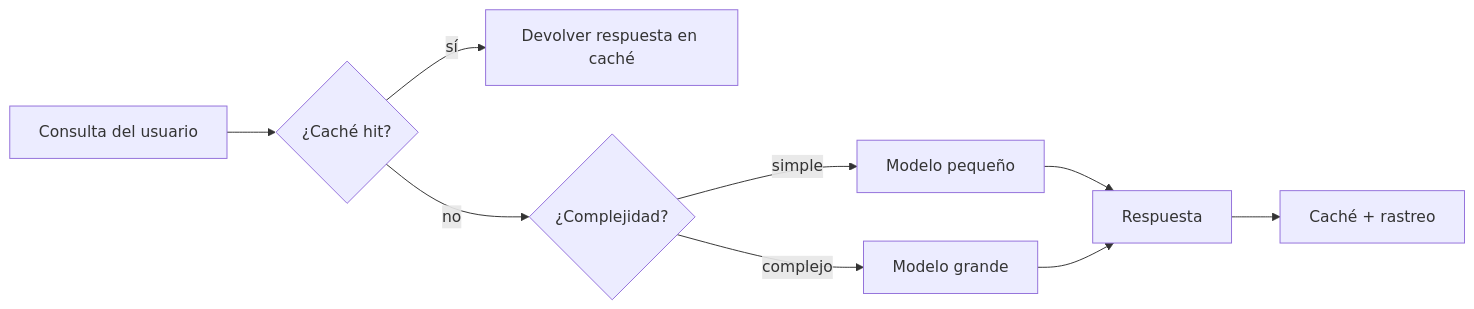
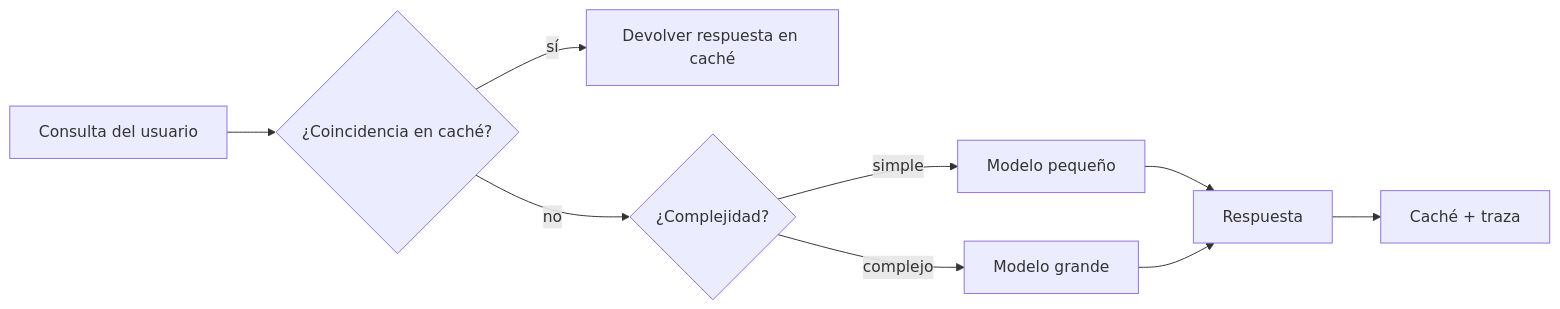
Before and after one commit to gabrielmoreira/agent-skills-mirror: the third of 4 diagrams in mirrors/repos/microsoft@ai-agents-for-beginners/translations/es/16-deploying-scalable-agents/README.md, drawn with Mermaid. The commit also changed other lines of this file and 5918 other files, not shown here.

````diff
--- a/mirrors/repos/microsoft@ai-agents-for-beginners/translations/es/16-deploying-scalable-agents/README.md
+++ b/mirrors/repos/microsoft@ai-agents-for-beginners/translations/es/16-deploying-scalable-agents/README.md
@@ -134,11 +134,11 @@
 ```mermaid
 flowchart LR
-    Q[Consulta del usuario] --> C{¿Caché hit?}
+    Q[Consulta del usuario] --> C{¿Coincidencia en caché?}
     C -->|sí| R[Devolver respuesta en caché]
     C -->|no| Router{¿Complejidad?}
     Router -->|simple| SLM[Modelo pequeño]
     Router -->|complejo| LLM[Modelo grande]
     SLM --> Out[Respuesta]
     LLM --> Out
-    Out --> Store[Caché + rastreo]
+    Out --> Store[Caché + traza]
 ```
````
